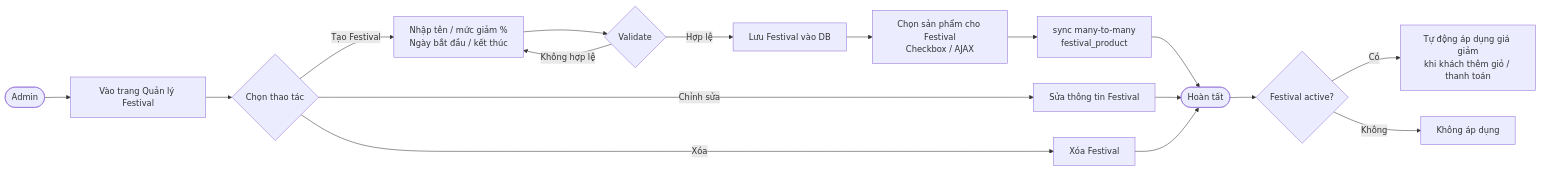
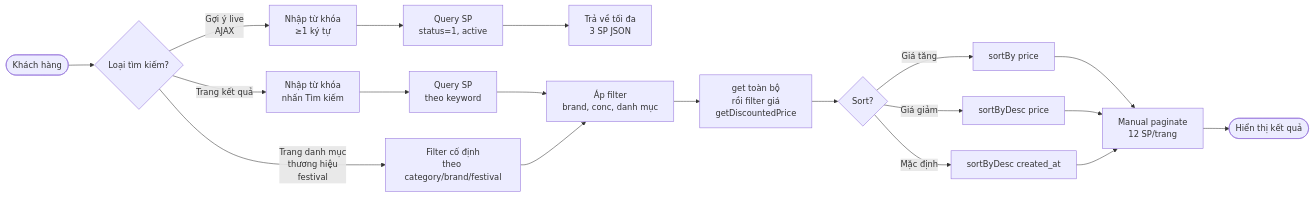
Before and after one commit to thien258/luanvantotnghiep: the tenth of 20 diagrams in app/Http/doc/diagrams.md, drawn with Mermaid. The commit also changed other lines of this file and 59 other files, not shown here.

````diff
--- a/app/Http/doc/diagrams.md
+++ b/app/Http/doc/diagrams.md
@@ -413,17 +308,21 @@
 ```mermaid
 flowchart LR
-    A([Admin]) --> B[Vào trang Quản lý Festival]
-    B --> C{Chọn thao tác}
-    C -->|Tạo Festival| D[Nhập tên / mức giảm %\nNgày bắt đầu / kết thúc]
-    D --> E{Validate}
-    E -->|Không hợp lệ| D
-    E -->|Hợp lệ| F[Lưu Festival vào DB]
-    F --> G[Chọn sản phẩm cho Festival\nCheckbox / AJAX]
-    G --> H[sync many-to-many\nfestival_product]
-    C -->|Chỉnh sửa| I[Sửa thông tin Festival]
-    C -->|Xóa| J[Xóa Festival]
-    H & I & J --> K([Hoàn tất])
-    K --> L{Festival active?}
-    L -->|Có| M[Tự động áp dụng giá giảm\nkhi khách thêm giỏ / thanh toán]
-    L -->|Không| N[Không áp dụng]
+    A([Khách hàng]) --> B{Loại tìm kiếm?}
+    B -->|Gợi ý live\nAJAX| C[Nhập từ khóa\n≥1 ký tự]
+    C --> D[Query SP\nstatus=1, active]
+    D --> E[Trả về tối đa\n3 SP JSON]
+    B -->|Trang kết quả| F[Nhập từ khóa\nnhấn Tìm kiếm]
+    F --> G[Query SP\ntheo keyword]
+    G --> H[Áp filter\nbrand, conc, danh mục]
+    H --> I[get toàn bộ\nrồi filter giá\ngetDiscountedPrice]
+    I --> J{Sort?}
+    J -->|Giá tăng| K[sortBy price]
+    J -->|Giá giảm| L[sortByDesc price]
+    J -->|Mặc định| M[sortByDesc created_at]
+    K --> N[Manual paginate\n12 SP/trang]
+    L --> N
+    M --> N
+    N --> O([Hiển thị kết quả])
+    B -->|Trang danh mục\nthương hiệu\nfestival| P[Filter cố định\ntheo category/brand/festival]
+    P --> H
 ```
````
